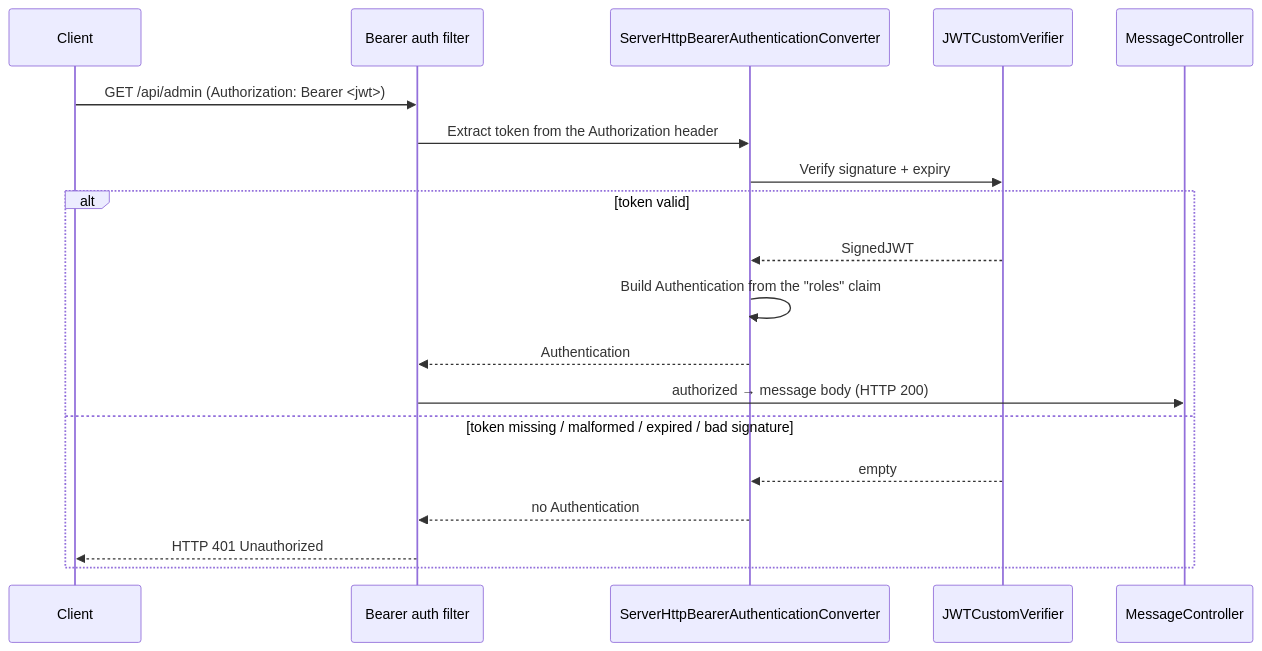
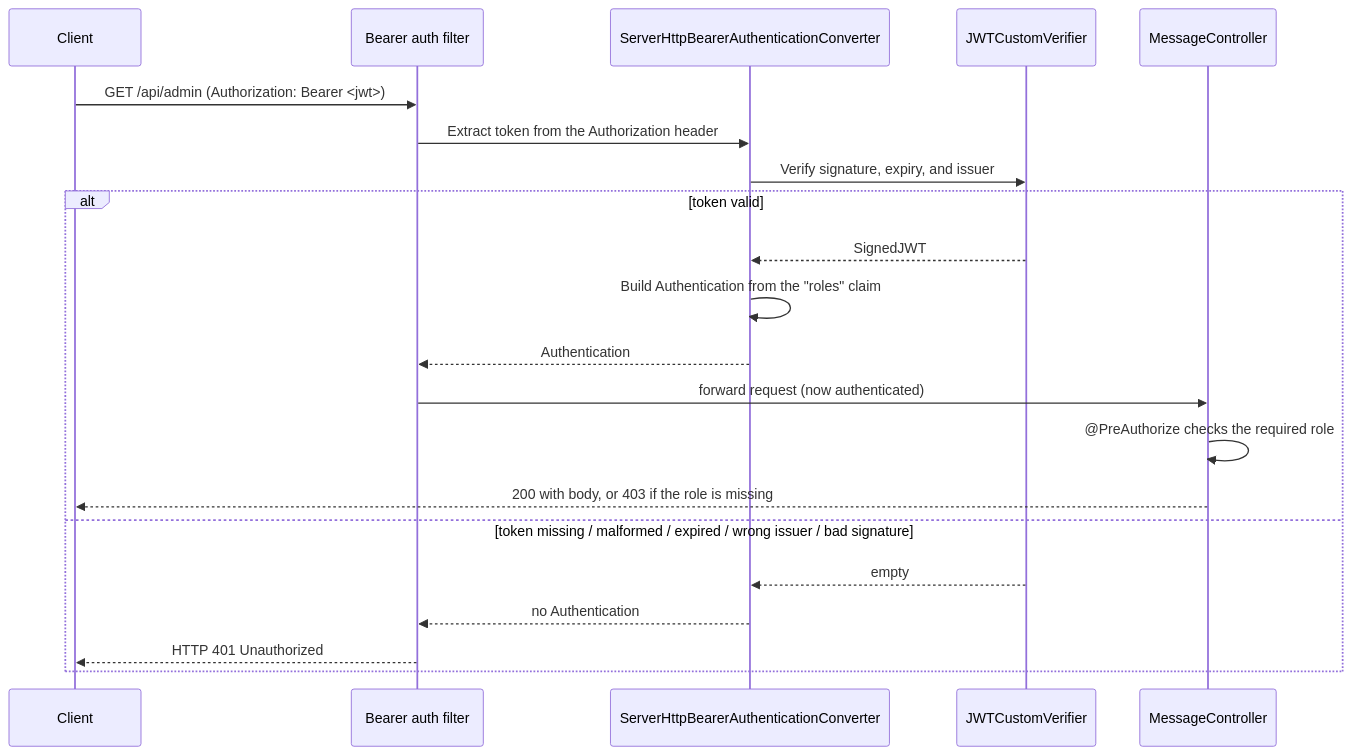
Before and after one commit to raphaelDL/spring-webflux-security-jwt-2026: the second of 2 diagrams in OVERVIEW.md, drawn with Mermaid. The commit also changed other lines of this file and 1 other file, not shown here.

````diff
--- a/OVERVIEW.md
+++ b/OVERVIEW.md
@@ -71,22 +72,24 @@
 ```mermaid
 sequenceDiagram
     participant C as Client
     participant F as Bearer auth filter
     participant Cv as ServerHttpBearerAuthenticationConverter
     participant V as JWTCustomVerifier
     participant Ctl as MessageController
 
     C->>F: GET /api/admin  (Authorization: Bearer <jwt>)
     F->>Cv: Extract token from the Authorization header
-    Cv->>V: Verify signature + expiry
+    Cv->>V: Verify signature, expiry, and issuer
     alt token valid
         V-->>Cv: SignedJWT
         Cv->>Cv: Build Authentication from the "roles" claim
         Cv-->>F: Authentication
-        F->>Ctl: authorized → message body (HTTP 200)
-    else token missing / malformed / expired / bad signature
+        F->>Ctl: forward request (now authenticated)
+        Ctl->>Ctl: @PreAuthorize checks the required role
+        Ctl-->>C: 200 with body, or 403 if the role is missing
+    else token missing / malformed / expired / wrong issuer / bad signature
         V-->>Cv: empty
         Cv-->>F: no Authentication
         F-->>C: HTTP 401 Unauthorized
     end
 ```
````
